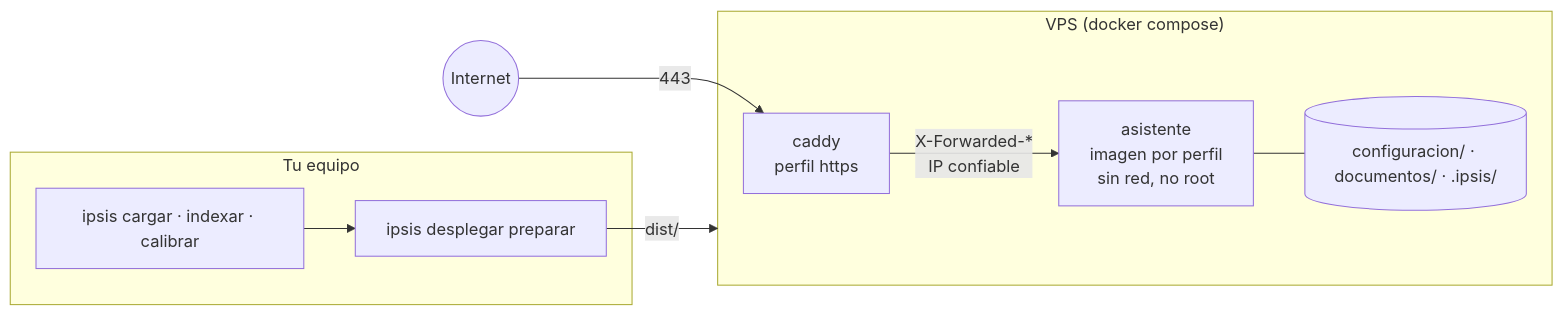
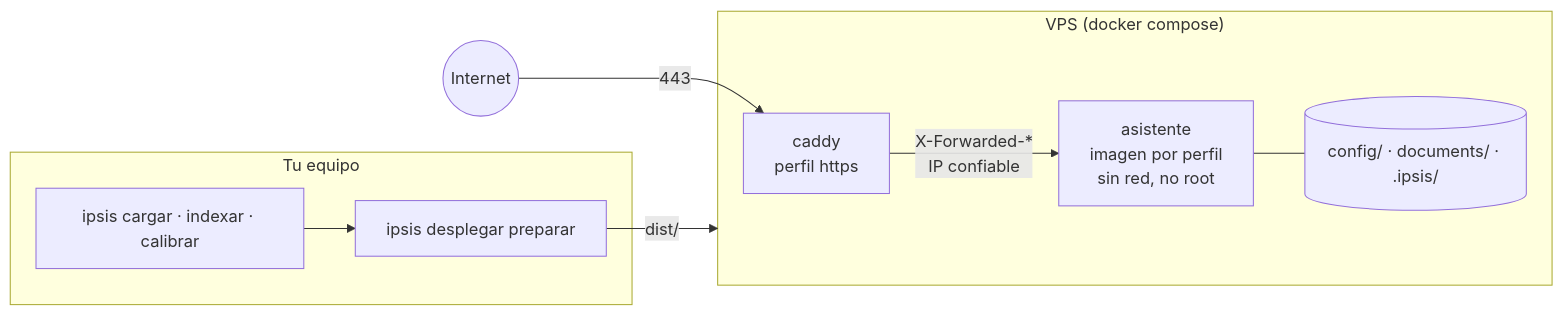
One commit to ClaudioH19/ipsis changed the sixth of 6 diagrams in docs/arquitectura.md. Above: the diagram before and after it, drawn with Mermaid. The commit also changed other lines of this file and 120 other files, not shown here.

First line of the commit message:
Fase 2 de ipsis: proyecto y configuración en inglés (config_version 5)

````diff
--- a/docs/arquitectura.md
+++ b/docs/arquitectura.md
@@ -266,12 +266,12 @@
 ```mermaid
 flowchart LR
     subgraph Equipo["Tu equipo"]
         R1["ipsis cargar · indexar · calibrar"] --> R2["ipsis desplegar preparar"]
     end
     R2 -- "dist/" --> VPS
     subgraph VPS["VPS (docker compose)"]
         CA["caddy<br/>perfil https"] -- "X-Forwarded-*<br/>IP confiable" --> AS["asistente<br/>imagen por perfil<br/>sin red, no root"]
-        AS --- V[("configuracion/ · documentos/ · .ipsis/")]
+        AS --- V[("config/ · documents/ · .ipsis/")]
     end
     Internet((Internet)) -- "443" --> CA
 ```
````
